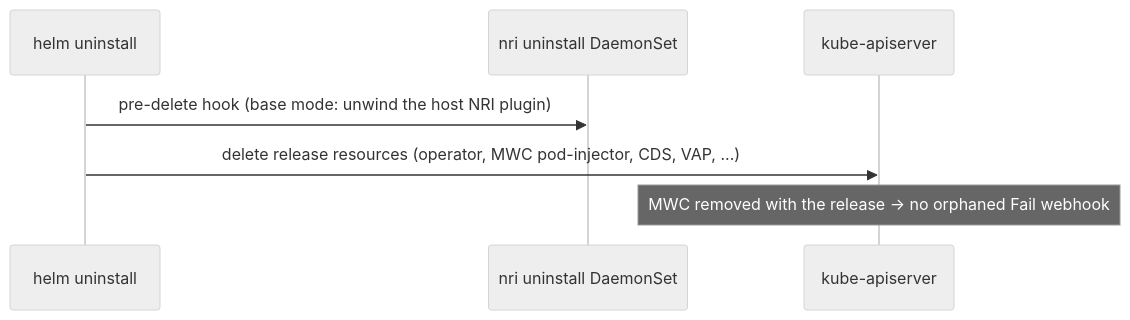
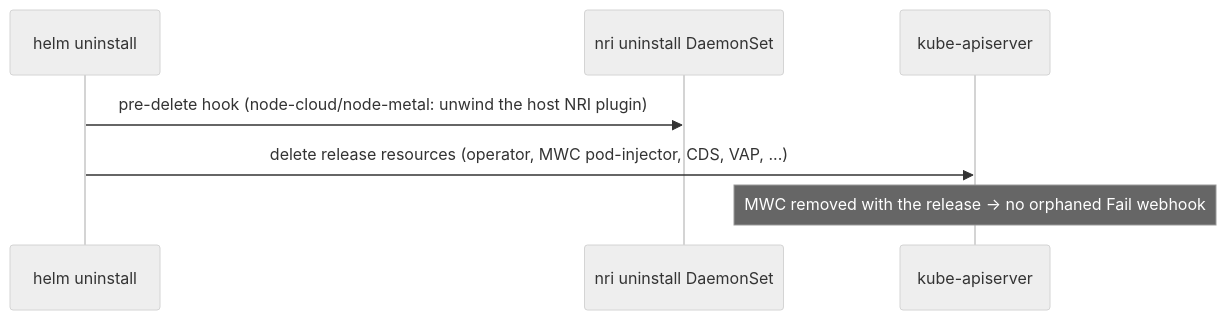
One commit to confidential-dot-ai/c8s changed the sixth of 6 diagrams in docs/install-flows.md. Above: the diagram before and after it, drawn with Mermaid (neutral theme). The commit also changed other lines of this file and 240 other files, not shown here.

````diff
--- a/docs/install-flows.md
+++ b/docs/install-flows.md
@@ -313,9 +319,9 @@
 ```mermaid
 sequenceDiagram
     participant Helm as helm uninstall
     participant DS as nri uninstall DaemonSet
     participant K as kube-apiserver
-    Helm->>DS: pre-delete hook (base mode: unwind the host NRI plugin)
+    Helm->>DS: pre-delete hook (node-cloud/node-metal: unwind the host NRI plugin)
     Helm->>K: delete release resources (operator, MWC pod-injector, CDS, VAP, ...)
     Note over K: MWC removed with the release → no orphaned Fail webhook
 ```
````
